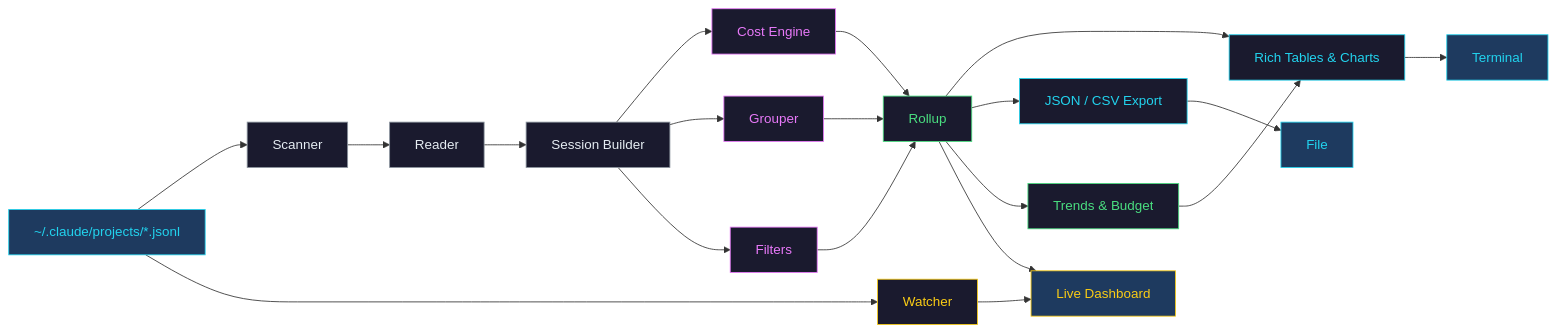
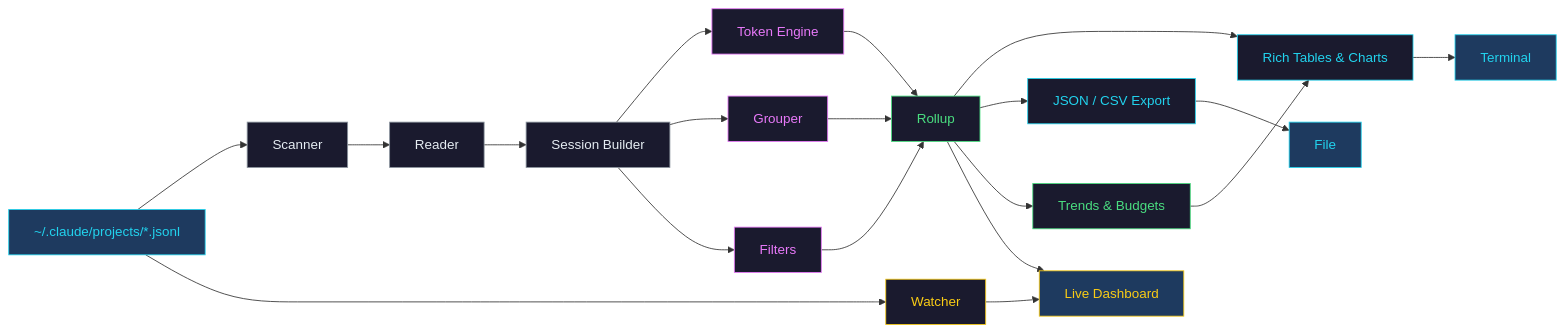
The first of 3 diagrams in README.md (MinaSaad1/parsimony), drawn with Mermaid before and after one commit. The commit also changed other lines of this file and 2 other files, not shown here.

````diff
--- a/README.md
+++ b/README.md
@@ -175,37 +227,37 @@
 ```mermaid
 graph LR
     A["~/.claude/projects/*.jsonl"] --> B["Scanner"]
     B --> C["Reader"]
     C --> D["Session Builder"]
-    D --> E["Cost Engine"]
+    D --> E["Token Engine"]
     D --> F["Grouper"]
     D --> L["Filters"]
     E --> G["Rollup"]
     F --> G
     L --> G
     G --> H["Rich Tables & Charts"]
     G --> I["JSON / CSV Export"]
-    G --> M["Trends & Budget"]
+    G --> M["Trends & Budgets"]
     H --> J["Terminal"]
     I --> K["File"]
     M --> H
     A --> N["Watcher"]
     N --> O["Live Dashboard"]
     G --> O
 
     style A fill:#1e3a5f,stroke:#22d3ee,color:#22d3ee
     style B fill:#1a1a2e,stroke:#8b949e,color:#e6edf3
     style C fill:#1a1a2e,stroke:#8b949e,color:#e6edf3
     style D fill:#1a1a2e,stroke:#8b949e,color:#e6edf3
     style E fill:#1a1a2e,stroke:#e879f9,color:#e879f9
     style F fill:#1a1a2e,stroke:#e879f9,color:#e879f9
     style G fill:#1a1a2e,stroke:#4ade80,color:#4ade80
     style H fill:#1a1a2e,stroke:#22d3ee,color:#22d3ee
     style I fill:#1a1a2e,stroke:#22d3ee,color:#22d3ee
     style J fill:#1e3a5f,stroke:#22d3ee,color:#22d3ee
     style K fill:#1e3a5f,stroke:#22d3ee,color:#22d3ee
     style L fill:#1a1a2e,stroke:#e879f9,color:#e879f9
     style M fill:#1a1a2e,stroke:#4ade80,color:#4ade80
     style N fill:#1a1a2e,stroke:#facc15,color:#facc15
     style O fill:#1e3a5f,stroke:#facc15,color:#facc15
 ```
````
